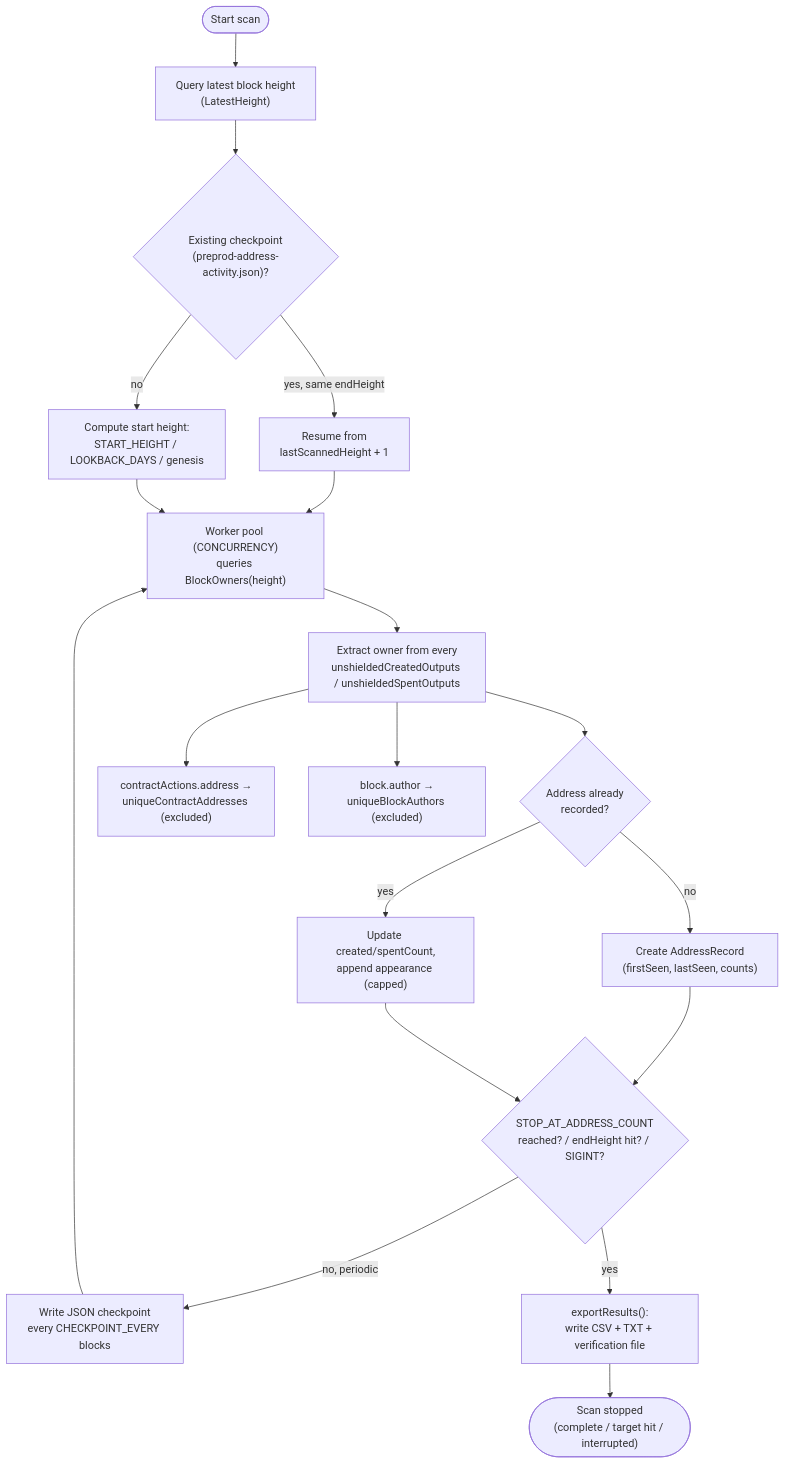
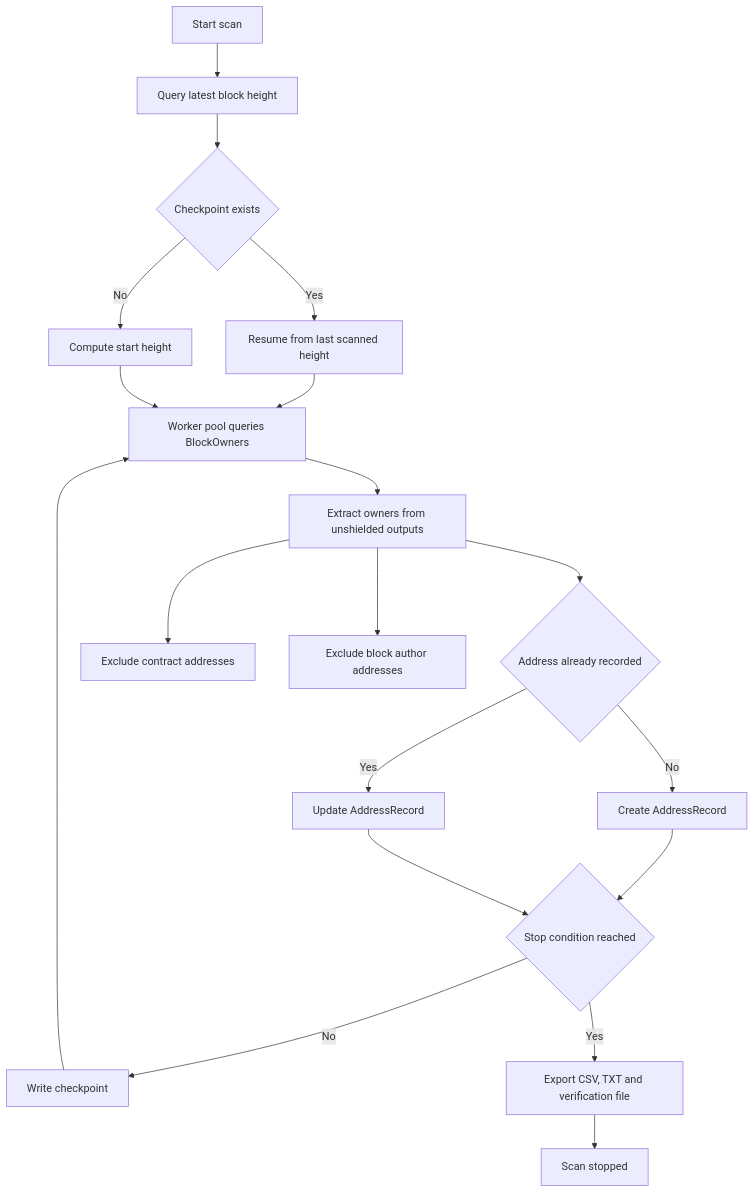
Before and after one commit to sylvia-barick/midlev4: the fifth of 5 diagrams in README.md, drawn with Mermaid. The commit also changed other lines of this file, not shown here.

````diff
--- a/README.md
+++ b/README.md
@@ -285,21 +286,29 @@
 ```mermaid
 flowchart TD
-  Start(["Start scan"]) --> Latest["Query latest block height\n(LatestHeight)"]
-  Latest --> Checkpoint{"Existing checkpoint\n(preprod-address-activity.json)?"}
-  Checkpoint -- "yes, same endHeight" --> Resume["Resume from\nlastScannedHeight + 1"]
-  Checkpoint -- "no" --> Range["Compute start height:\nSTART_HEIGHT / LOOKBACK_DAYS / genesis"]
-  Resume --> Loop
-  Range --> Loop["Worker pool (CONCURRENCY)\nqueries BlockOwners(height)"]
-  Loop --> Extract["Extract owner from every\nunshieldedCreatedOutputs / unshieldedSpentOutputs"]
-  Extract --> Dedup{"Address already\nrecorded?"}
-  Dedup -- "no" --> NewAddr["Create AddressRecord\n(firstSeen, lastSeen, counts)"]
-  Dedup -- "yes" --> UpdateAddr["Update created/spentCount,\nappend appearance (capped)"]
-  Extract --> ExcludeContracts["contractActions.address →\nuniqueContractAddresses (excluded)"]
-  Extract --> ExcludeAuthors["block.author →\nuniqueBlockAuthors (excluded)"]
-  NewAddr --> CheckStop{"STOP_AT_ADDRESS_COUNT\nreached? / endHeight hit? / SIGINT?"}
+  Start["Start scan"] --> Latest["Query latest block height"]
+  Latest --> Checkpoint{"Checkpoint exists"}
+
+  Checkpoint -- "Yes" --> Resume["Resume from last scanned height"]
+  Checkpoint -- "No" --> Range["Compute start height"]
+
+  Resume --> Loop["Worker pool queries BlockOwners"]
+  Range --> Loop
+
+  Loop --> Extract["Extract owners from unshielded outputs"]
+  Extract --> Dedup{"Address already recorded"}
+
+  Dedup -- "No" --> NewAddr["Create AddressRecord"]
+  Dedup -- "Yes" --> UpdateAddr["Update AddressRecord"]
+
+  Extract --> ExcludeContracts["Exclude contract addresses"]
+  Extract --> ExcludeAuthors["Exclude block author addresses"]
+
+  NewAddr --> CheckStop{"Stop condition reached"}
   UpdateAddr --> CheckStop
-  CheckStop -- "no, periodic" --> WriteCkpt["Write JSON checkpoint\nevery CHECKPOINT_EVERY blocks"]
+
+  CheckStop -- "No" --> WriteCkpt["Write checkpoint"]
   WriteCkpt --> Loop
-  CheckStop -- "yes" --> Export["exportResults():\nwrite CSV + TXT + verification file"]
-  Export --> End(["Scan stopped\n(complete / target hit / interrupted)"])
+
+  CheckStop -- "Yes" --> Export["Export CSV, TXT and verification file"]
+  Export --> End["Scan stopped"]
 ```
````
